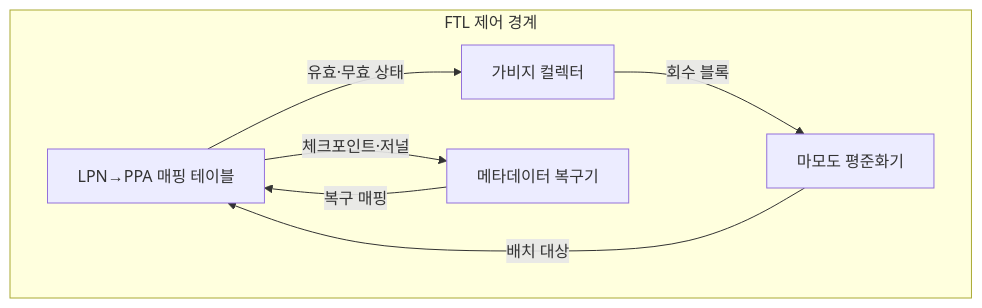
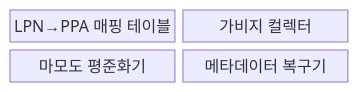
Before and after one commit to agnusdei1207/knowledge-base: the first of 2 diagrams in src/content/docs/notes/02-hardware/030_ssd_ftl.md, drawn with Mermaid. The commit also changed other lines of this file and 20 other files, not shown here.

````diff
--- a/src/content/docs/notes/02-hardware/030_ssd_ftl.md
+++ b/src/content/docs/notes/02-hardware/030_ssd_ftl.md
@@ -76,14 +74,8 @@
 ```mermaid
-flowchart TB
-    subgraph FTL["FTL 제어 경계"]
-        MAP[LPN→PPA 매핑 테이블]
-        GC[가비지 컬렉터]
-        WL[마모도 평준화기]
-        META[메타데이터 복구기]
-        MAP -->|유효·무효 상태| GC
-        GC -->|회수 블록| WL
-        WL -->|배치 대상| MAP
-        MAP -->|체크포인트·저널| META
-        META -->|복구 매핑| MAP
-    end
+block
+    columns 2
+    MAP["LPN→PPA 매핑 테이블"]
+    GC["가비지 컬렉터"]
+    WL["마모도 평준화기"]
+    META["메타데이터 복구기"]
 ```
````
